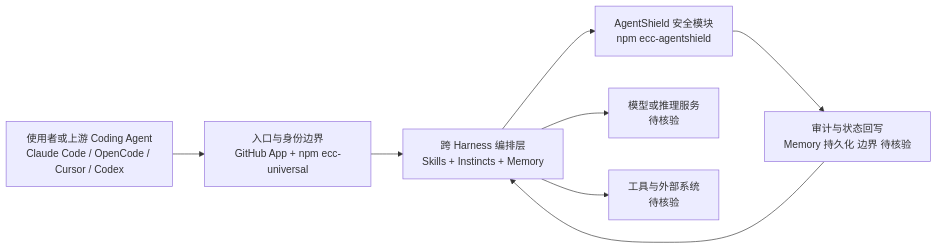
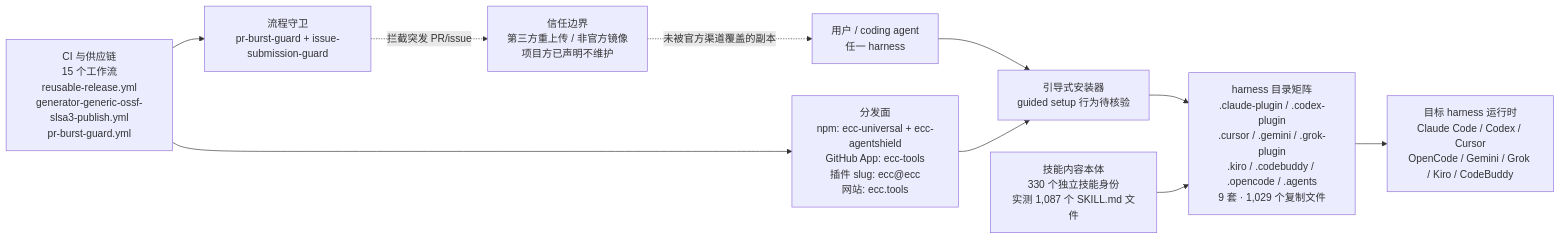
Before and after one commit to aiutil/github-researcher: the diagram in projects/ecc.md, drawn with Mermaid. The commit also changed other lines of this file and 48 other files, not shown here.

````diff
--- a/projects/ecc.md
+++ b/projects/ecc.md
@@ -66,10 +109,22 @@
 ```mermaid
 flowchart LR
-    U[使用者或上游 Coding Agent<br/>Claude Code / OpenCode / Cursor / Codex] --> I[入口与身份边界<br/>GitHub App + npm ecc-universal]
-    I --> C[跨 Harness 编排层<br/>Skills + Instincts + Memory]
-    C --> S[AgentShield 安全模块<br/>npm ecc-agentshield]
-    C --> M[模型或推理服务<br/>待核验]
-    C --> T[工具与外部系统<br/>待核验]
-    S --> A[审计与状态回写<br/>Memory 持久化 边界 待核验]
-    A --> C
+  User[用户 / coding agent<br/>任一 harness]
+  Installer[引导式安装器<br/>guided setup 行为待核验]
+  Skill[技能内容本体<br/>330 个独立技能身份<br/>实测 1,087 个 SKILL.md 文件]
+  Matrix[harness 目录矩阵<br/>.claude-plugin / .codex-plugin<br/>.cursor / .gemini / .grok-plugin<br/>.kiro / .codebuddy / .opencode / .agents<br/>9 套 · 1,029 个复制文件]
+  Dist[分发面<br/>npm: ecc-universal + ecc-agentshield<br/>GitHub App: ecc-tools<br/>插件 slug: ecc@ecc<br/>网站: ecc.tools]
+  Runtime[目标 harness 运行时<br/>Claude Code / Codex / Cursor<br/>OpenCode / Gemini / Grok / Kiro / CodeBuddy]
+  CI[CI 与供应链<br/>15 个工作流<br/>reusable-release.yml<br/>generator-generic-ossf-slsa3-publish.yml<br/>pr-burst-guard.yml]
+  Guard[流程守卫<br/>pr-burst-guard + issue-submission-guard]
+  Risk[信任边界<br/>第三方重上传 / 非官方镜像<br/>项目方已声明不维护]
+
+  User --> Installer
+  Installer --> Matrix
+  Skill --> Matrix
+  Matrix --> Runtime
+  Dist --> Installer
+  CI --> Dist
+  CI --> Guard
+  Guard -.拦截突发 PR/issue.-> Risk
+  Risk -.未被官方渠道覆盖的副本.-> User
 ```
````
